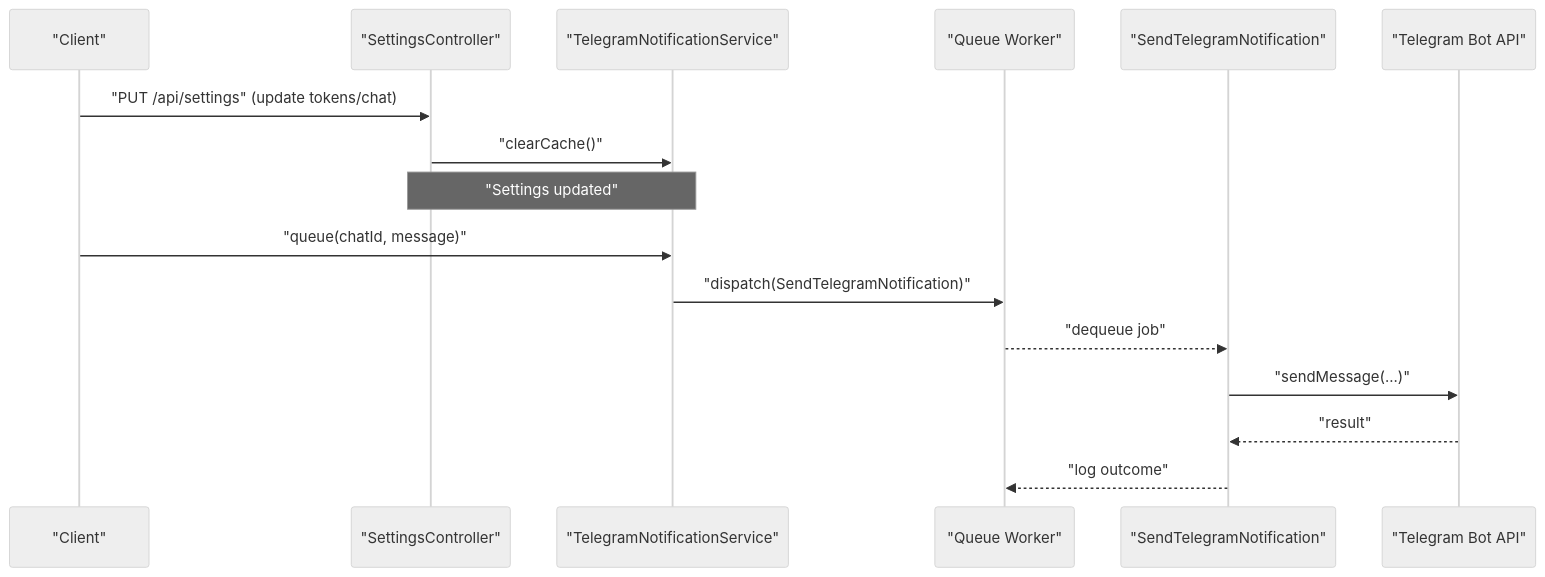
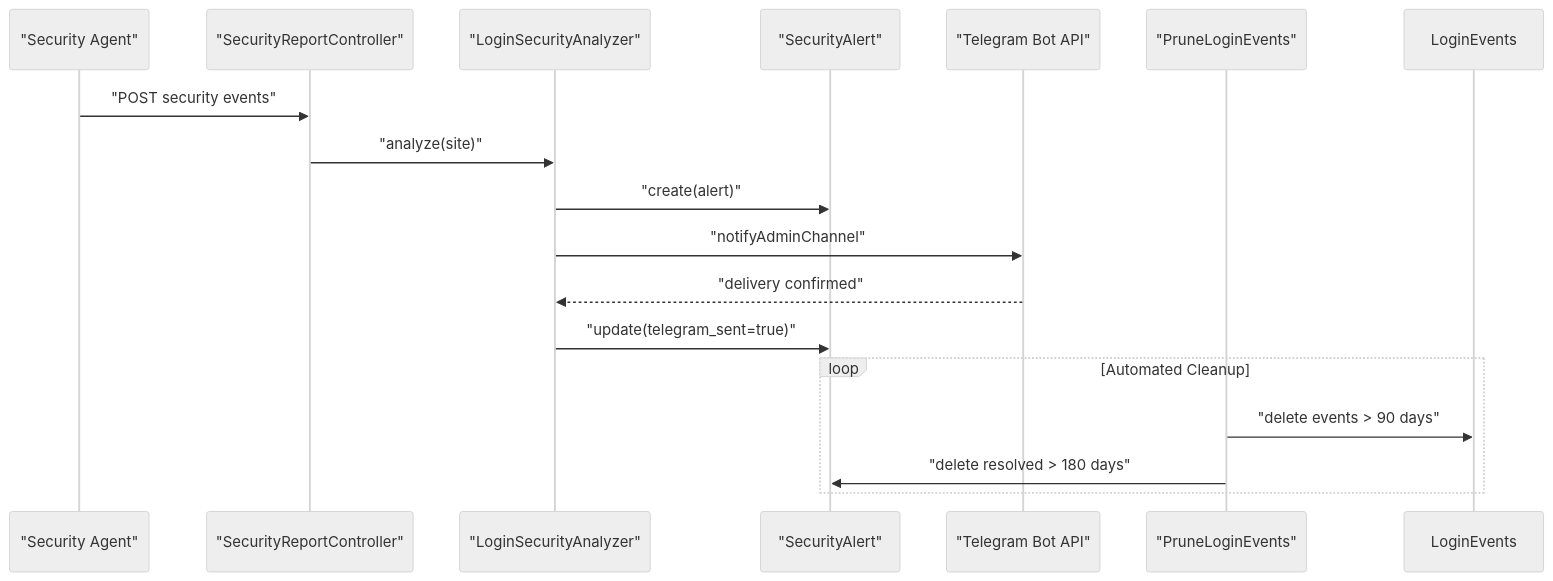
The second of 8 diagrams in .qoder/repowiki/en/content/Notification System/Notification System.md (FCS-WP/website_portal), drawn with Mermaid (neutral theme) before and after one commit. The commit also changed other lines of this file and 37 other files, not shown here.

````diff
--- a/.qoder/repowiki/en/content/Notification System/Notification System.md
+++ b/.qoder/repowiki/en/content/Notification System/Notification System.md
@@ -111,18 +169,19 @@
 ```mermaid
 sequenceDiagram
-participant Client as "Client"
-participant Controller as "SettingsController"
-participant Service as "TelegramNotificationService"
-participant Queue as "Queue Worker"
-participant Job as "SendTelegramNotification"
+participant Agent as "Security Agent"
+participant SecCtrl as "SecurityReportController"
+participant Analyzer as "LoginSecurityAnalyzer"
+participant Alerts as "SecurityAlert"
 participant Telegram as "Telegram Bot API"
-Client->>Controller : "PUT /api/settings" (update tokens/chat)
-Controller->>Service : "clearCache()"
-Note over Controller,Service : "Settings updated"
-Client->>Service : "queue(chatId, message)"
-Service->>Queue : "dispatch(SendTelegramNotification)"
-Queue-->>Job : "dequeue job"
-Job->>Telegram : "sendMessage(...)"
-Telegram-->>Job : "result"
-Job-->>Queue : "log outcome"
+participant Cleanup as "PruneLoginEvents"
+Agent->>SecCtrl : "POST security events"
+SecCtrl->>Analyzer : "analyze(site)"
+Analyzer->>Alerts : "create(alert)"
+Analyzer->>Telegram : "notifyAdminChannel"
+Telegram-->>Analyzer : "delivery confirmed"
+Analyzer->>Alerts : "update(telegram_sent=true)"
+loop Automated Cleanup
+Cleanup->>LoginEvents : "delete events > 90 days"
+Cleanup->>Alerts : "delete resolved > 180 days"
+end
 ```
````
